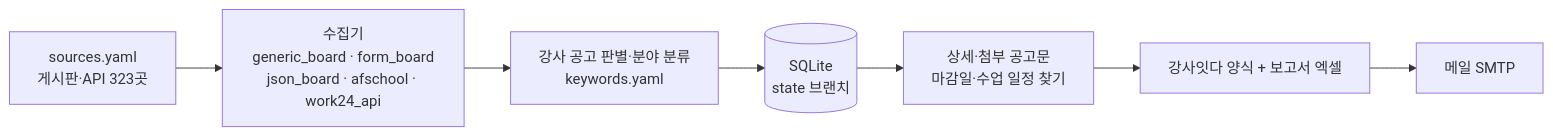
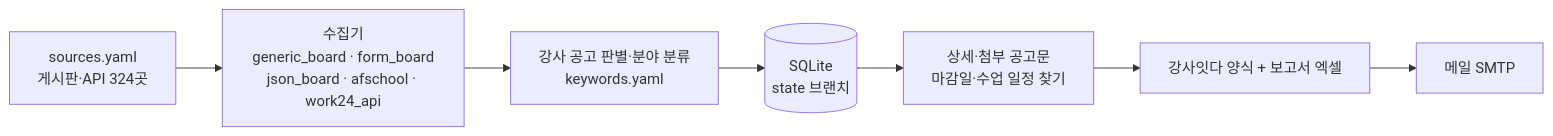
Before and after one commit to thskal17-sudo/busan-school-company: the diagram in docs/DESIGN.md, drawn with Mermaid. The commit also changed other lines of this file and 2 other files, not shown here.

````diff
--- a/docs/DESIGN.md
+++ b/docs/DESIGN.md
@@ -29,9 +29,9 @@
 ```mermaid
 flowchart LR
-    S[sources.yaml<br/>게시판·API 323곳] --> C[수집기<br/>generic_board · form_board<br/>json_board · afschool · work24_api]
+    S[sources.yaml<br/>게시판·API 324곳] --> C[수집기<br/>generic_board · form_board<br/>json_board · afschool · work24_api]
     C --> F[강사 공고 판별·분야 분류<br/>keywords.yaml]
     F --> D[(SQLite<br/>state 브랜치)]
     D --> I[상세·첨부 공고문<br/>마감일·수업 일정 찾기]
     I --> X[강사잇다 양식 + 보고서 엑셀]
     X --> M[메일 SMTP]
 ```
````
